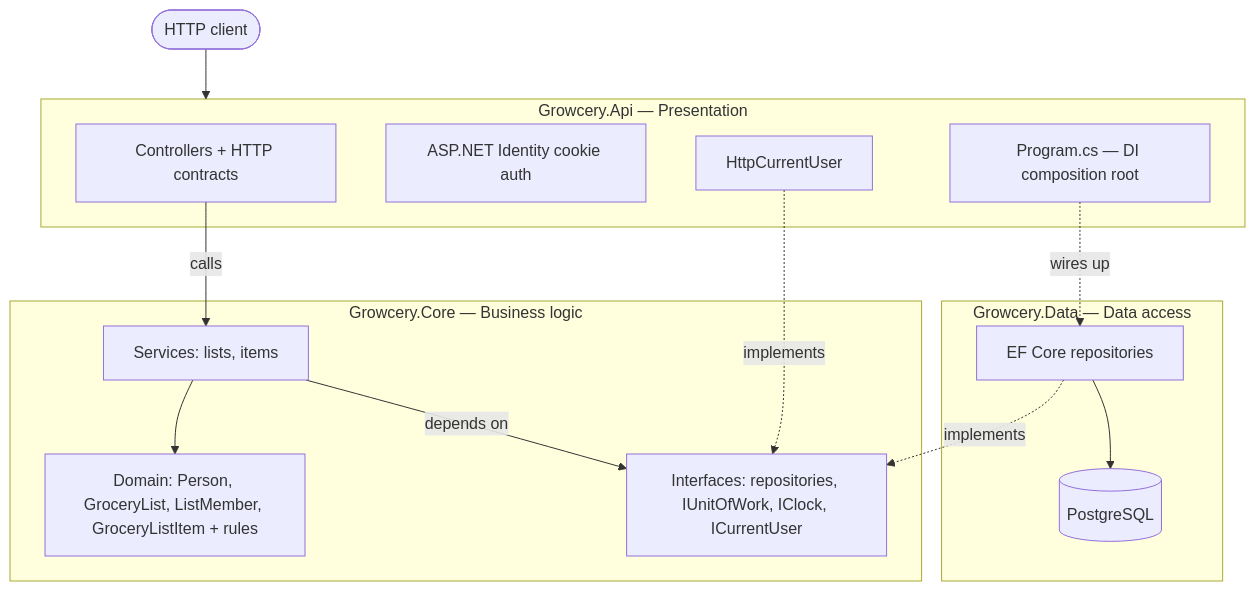
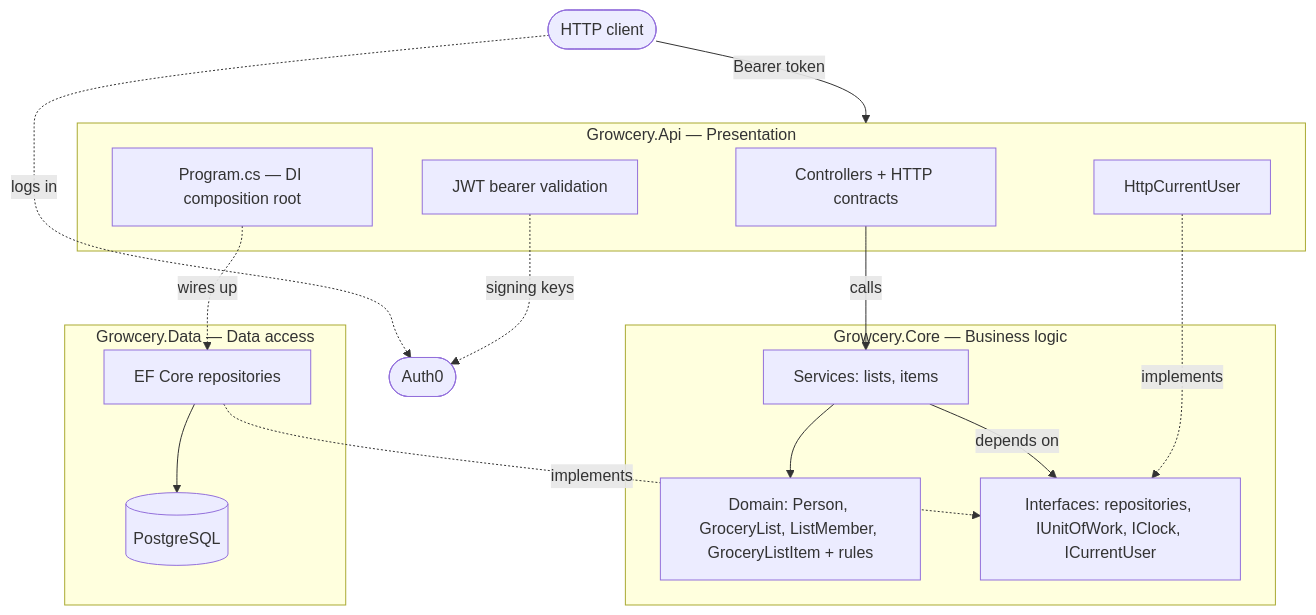
Before and after one commit to twobirdsonestoned/growcery: the first of 5 diagrams in README.md, drawn with Mermaid. The commit also changed other lines of this file, not shown here.

First line of the commit message:
Document Auth0 authentication in README

````diff
--- a/README.md
+++ b/README.md
@@ -38,30 +39,32 @@
 ```mermaid
 flowchart TB
-    client([HTTP client]) --> api
+    client([HTTP client]) -- Bearer token --> api
+    client -. logs in .-> auth0([Auth0])
 
     subgraph api [Growcery.Api — Presentation]
         controllers[Controllers + HTTP contracts]
-        auth[ASP.NET Identity cookie auth]
+        auth[JWT bearer validation]
         currentUser[HttpCurrentUser]
         root[Program.cs — DI composition root]
     end
 
     subgraph core [Growcery.Core — Business logic]
         services[Services: lists, items]
         domain[Domain: Person, GroceryList, ListMember, GroceryListItem + rules]
         interfaces[Interfaces: repositories, IUnitOfWork, IClock, ICurrentUser]
     end
 
     subgraph data [Growcery.Data — Data access]
         repos[EF Core repositories]
         db[(PostgreSQL)]
     end
 
     controllers -- calls --> services
     services --> domain
     services -- depends on --> interfaces
     currentUser -. implements .-> interfaces
     repos -. implements .-> interfaces
     repos --> db
     root -. wires up .-> repos
+    auth -. signing keys .-> auth0
 ```
````
